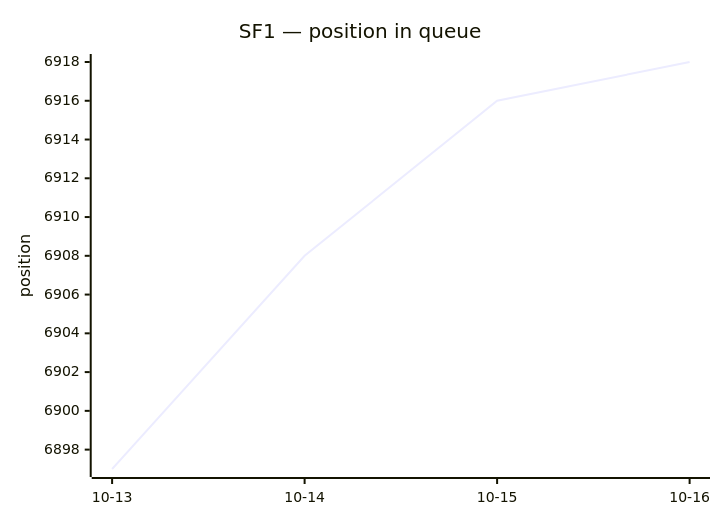
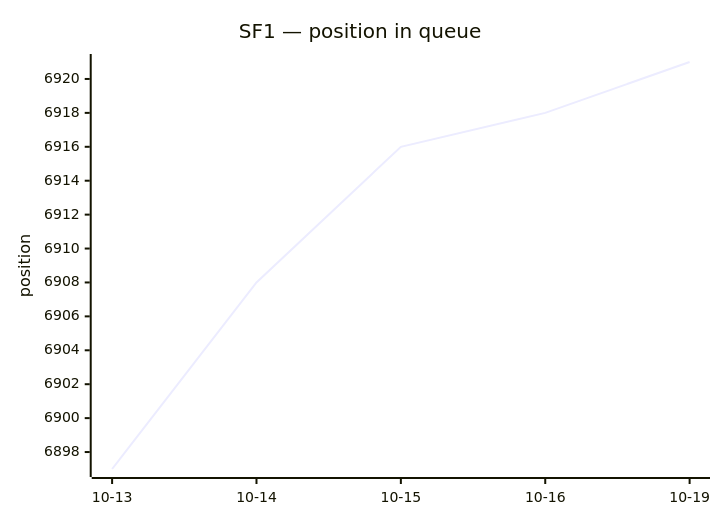
The first of 2 diagrams in queue/README.md (thyarles/thyarles), drawn with Mermaid before and after one commit. The commit also changed other lines of this file and 2 other files, not shown here.

````diff
--- a/queue/README.md
+++ b/queue/README.md
@@ -20,7 +20,7 @@
 ```mermaid
 xychart-beta
   title "SF1 — position in queue"
-  x-axis ["10-13", "10-14", "10-15", "10-16"]
+  x-axis ["10-13", "10-14", "10-15", "10-16", "10-19"]
   y-axis "position"
-  line [6897, 6908, 6916, 6918]
+  line [6897, 6908, 6916, 6918, 6921]
 ```
````
